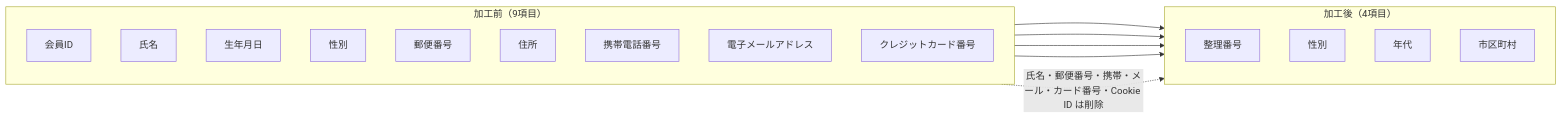
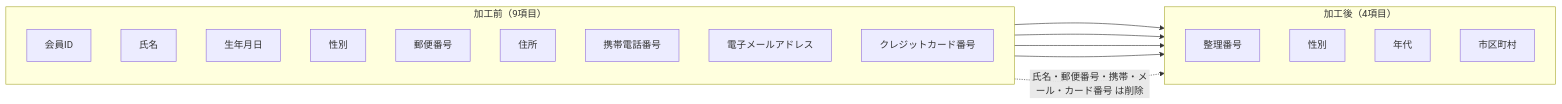
One commit to gghatano/pets-seminar-01 changed the diagram in docs/case01_pseudonymized/09_results.md. Above: the diagram before and after it, drawn with Mermaid. The commit also changed 4 other files, not shown here.

````diff
--- a/docs/case01_pseudonymized/09_results.md
+++ b/docs/case01_pseudonymized/09_results.md
@@ -22,16 +22,16 @@
 ```mermaid
 flowchart LR
     subgraph 前["加工前（9項目）"]
         direction TB
         a[会員ID] & b[氏名] & c[生年月日] & d[性別] & e[郵便番号] & f[住所] & g[携帯電話番号] & h[電子メールアドレス] & i[クレジットカード番号]
     end
     subgraph 後["加工後（4項目）"]
         direction TB
         r[整理番号] & s[性別] & t[年代] & u[市区町村]
     end
     a --> r
     c --> t
     d --> s
     f --> u
-    前 -. 氏名・郵便番号・携帯・メール・カード番号・Cookie ID は削除 .-> 後
+    前 -. 氏名・郵便番号・携帯・メール・カード番号 は削除 .-> 後
 ```
````
